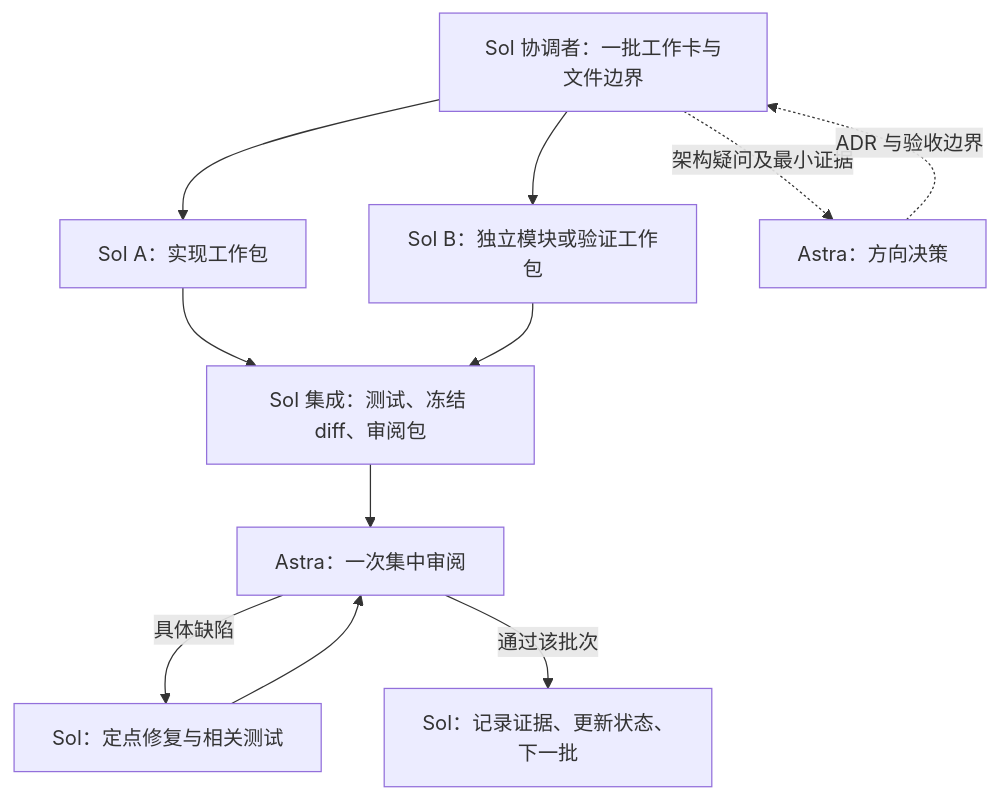
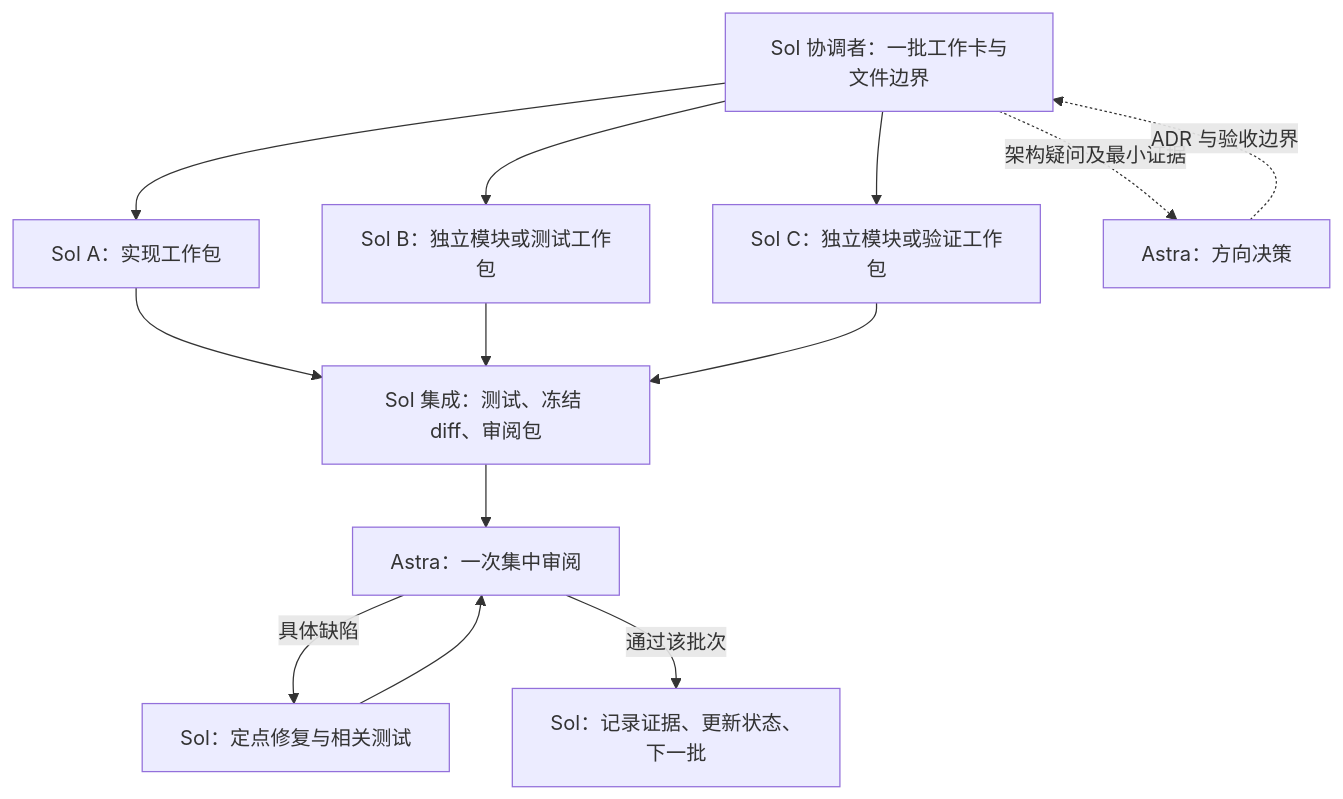
The diagram in docs/ai/MULTI_AGENT_WORKFLOW.md (54pkp/Decky-FSR4-to-Hexagon), drawn with Mermaid before and after one commit. The commit also changed other lines of this file and 7 other files, not shown here.

````diff
--- a/docs/ai/MULTI_AGENT_WORKFLOW.md
+++ b/docs/ai/MULTI_AGENT_WORKFLOW.md
@@ -20,13 +20,15 @@
 ```mermaid
 flowchart TD
     C[Sol 协调者：一批工作卡与文件边界] --> A[Sol A：实现工作包]
-    C --> B[Sol B：独立模块或验证工作包]
+    C --> B[Sol B：独立模块或测试工作包]
+    C --> V[Sol C：独立模块或验证工作包]
     A --> I[Sol 集成：测试、冻结 diff、审阅包]
     B --> I
+    V --> I
     I --> R[Astra：一次集中审阅]
     R -->|具体缺陷| F[Sol：定点修复与相关测试]
     F --> R
     R -->|通过该批次| N[Sol：记录证据、更新状态、下一批]
     C -. 架构疑问及最小证据 .-> D[Astra：方向决策]
     D -. ADR 与验收边界 .-> C
 ```
````
